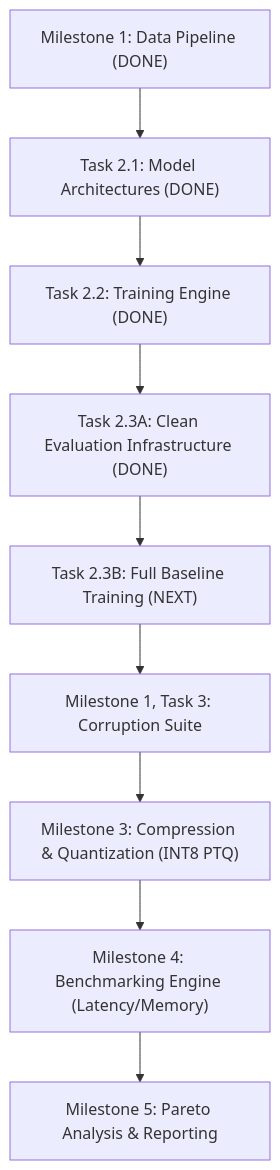
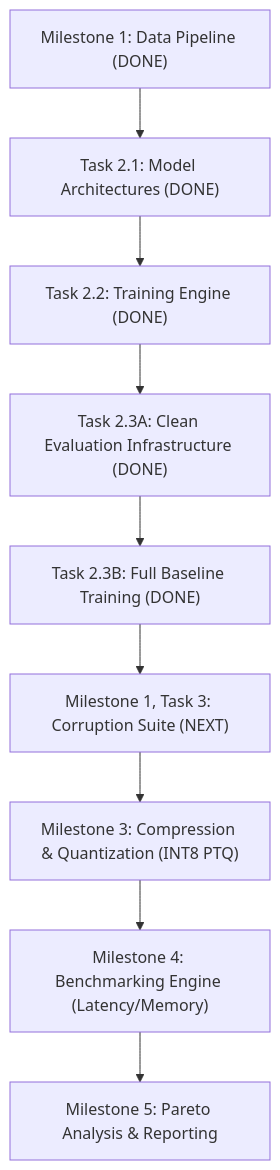
One commit to sushantydv01/edge-vision-reliability-lab changed the diagram in reports/PROJECT_TECHNICAL_REVIEW.md. Above: the diagram before and after it, drawn with Mermaid. The commit also changed other lines of this file and 16 other files, not shown here.

````diff
--- a/reports/PROJECT_TECHNICAL_REVIEW.md
+++ b/reports/PROJECT_TECHNICAL_REVIEW.md
@@ -324,11 +361,11 @@
 ```mermaid
 flowchart TD
     M1["Milestone 1: Data Pipeline (DONE)"] --> M2_1["Task 2.1: Model Architectures (DONE)"]
     M2_1 --> M2_2["Task 2.2: Training Engine (DONE)"]
     M2_2 --> M2_3A["Task 2.3A: Clean Evaluation Infrastructure (DONE)"]
-    M2_3A --> M2_3B["Task 2.3B: Full Baseline Training (NEXT)"]
-    M2_3B --> M1_3["Milestone 1, Task 3: Corruption Suite"]
+    M2_3A --> M2_3B["Task 2.3B: Full Baseline Training (DONE)"]
+    M2_3B --> M1_3["Milestone 1, Task 3: Corruption Suite (NEXT)"]
     M1_3 --> M3["Milestone 3: Compression & Quantization (INT8 PTQ)"]
     M3 --> M4["Milestone 4: Benchmarking Engine (Latency/Memory)"]
     M4 --> M5["Milestone 5: Pareto Analysis & Reporting"]
 ```
````
